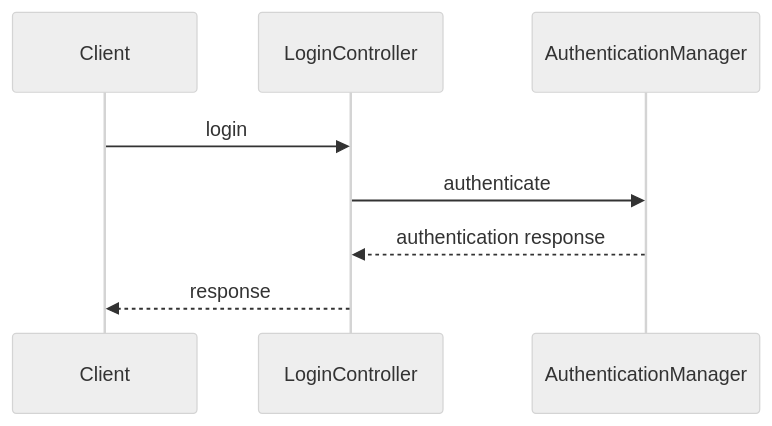
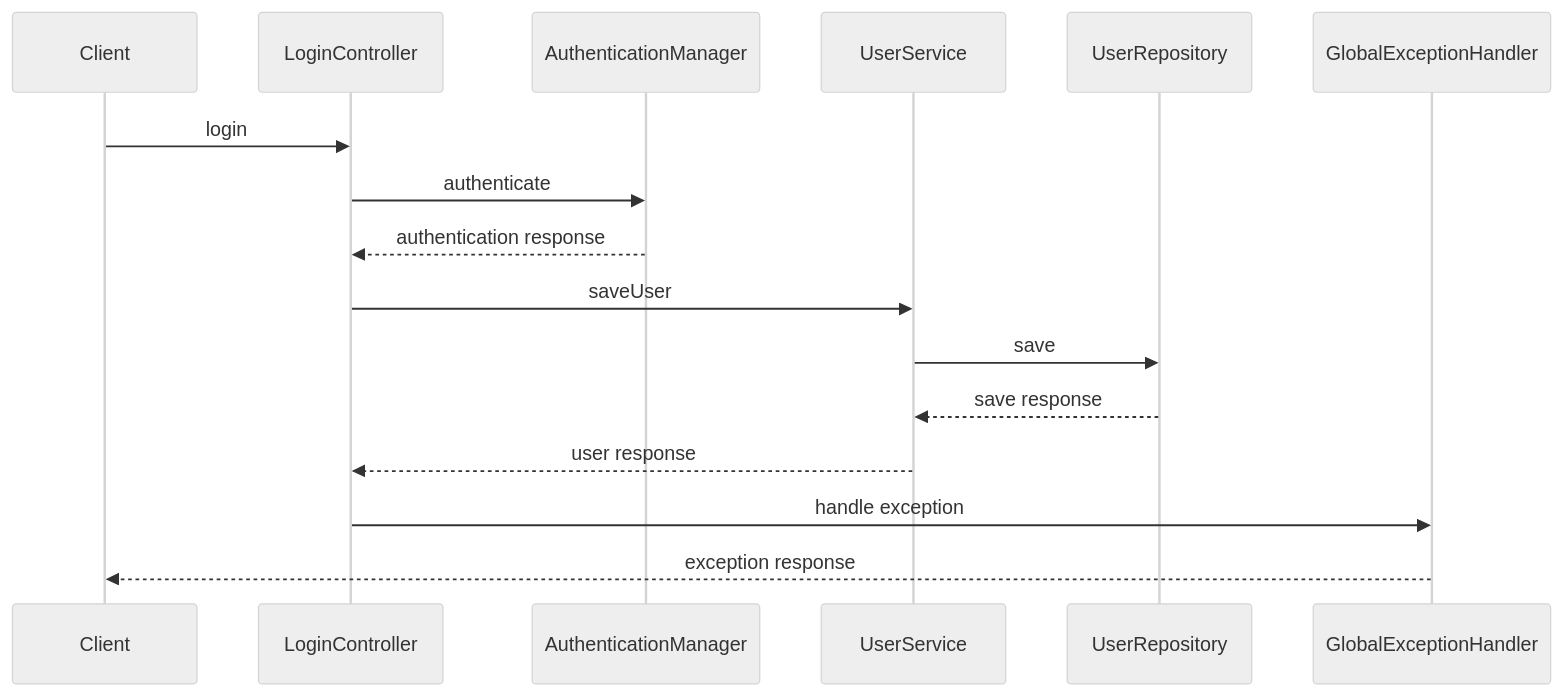
Before and after one commit to camilitwo/test-bci: the first of 2 diagrams in src/main/docs/diagramas/Secuencia.md, drawn with Mermaid (neutral theme). The commit also changed other lines of this file and 2 other files, not shown here.

Commit message:
actualizacion de diagramas

````diff
--- a/src/main/docs/diagramas/Secuencia.md
+++ b/src/main/docs/diagramas/Secuencia.md
@@ -3,11 +3,20 @@
 ```mermaid
 sequenceDiagram
-  participant Client
-  participant LoginController
-  participant AuthenticationManager
+    participant Client
+    participant LoginController
+    participant AuthenticationManager
+    participant UserService
+    participant UserRepository
+    participant GlobalExceptionHandler
 
-  Client->>LoginController: login
-  LoginController->>AuthenticationManager: authenticate
-  AuthenticationManager-->>LoginController: authentication response
-  LoginController-->>Client: response
+    Client->>LoginController: login
+    LoginController->>AuthenticationManager: authenticate
+    AuthenticationManager-->>LoginController: authentication response
+    LoginController->>UserService: saveUser
+    UserService->>UserRepository: save
+    UserRepository-->>UserService: save response
+    UserService-->>LoginController: user response
+    LoginController->>GlobalExceptionHandler: handle exception
+    GlobalExceptionHandler-->>Client: exception response
+
 ```
````
